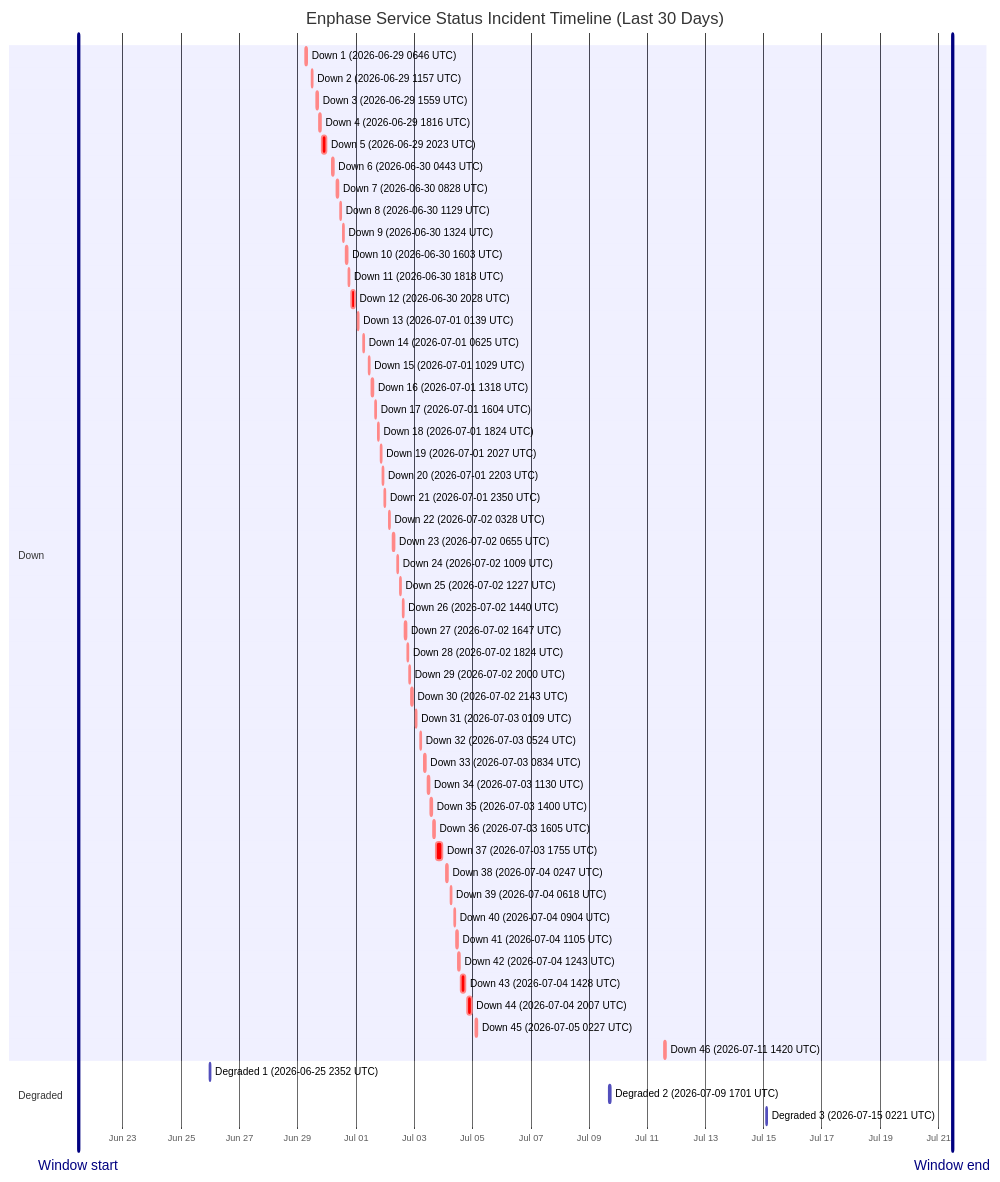
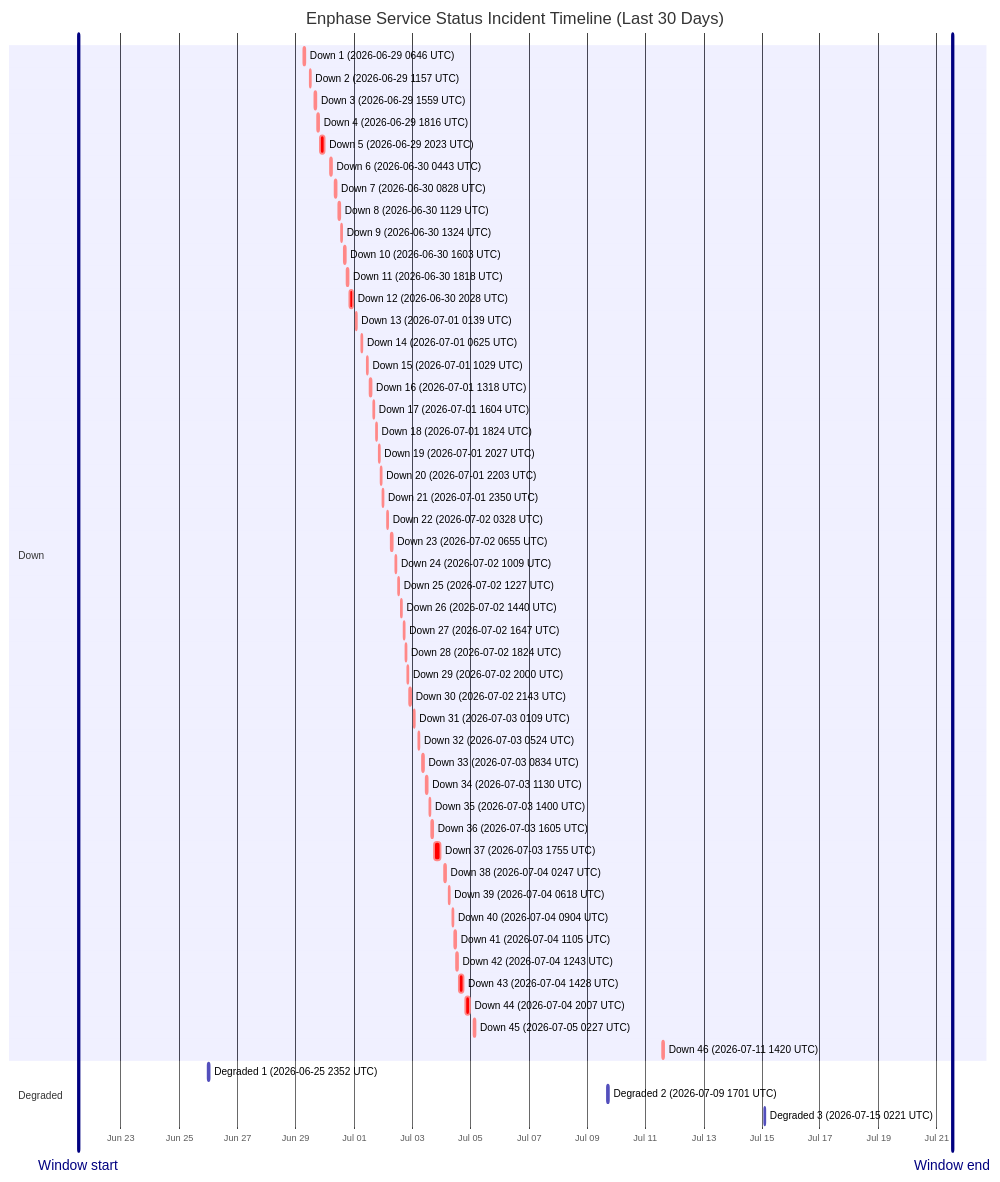
One commit to barneyonline/ha-enphase-energy changed the diagram in wiki/Service-Status-History.md. Above: the diagram before and after it, drawn with Mermaid. The commit also changed other lines of this file and 3 other files, not shown here.

````diff
--- a/wiki/Service-Status-History.md
+++ b/wiki/Service-Status-History.md
@@ -14,59 +14,59 @@
 ```mermaid
 gantt
     title Enphase Service Status Incident Timeline (Last 30 Days)
     dateFormat  YYYY-MM-DDTHH:mm:ss
     axisFormat  %b %d
-    Window start :vert, window-start, 2026-06-21T11:22:11, 0ms
-    Window end :vert, window-end, 2026-07-21T11:22:11, 0ms
+    Window start :vert, window-start, 2026-06-21T12:51:42, 0ms
+    Window end :vert, window-end, 2026-07-21T12:51:42, 0ms
     section Down
     Down 1 (2026-06-29 0646 UTC) :crit, down-1, 2026-06-29T06:46:18, 60m
     Down 2 (2026-06-29 1157 UTC) :crit, down-2, 2026-06-29T11:57:36, 60m
     Down 3 (2026-06-29 1559 UTC) :crit, down-3, 2026-06-29T15:59:02, 60m
     Down 4 (2026-06-29 1816 UTC) :crit, down-4, 2026-06-29T18:16:38, 60m
     Down 5 (2026-06-29 2023 UTC) :crit, down-5, 2026-06-29T20:23:16, 220m
     Down 6 (2026-06-30 0443 UTC) :crit, down-6, 2026-06-30T04:43:54, 60m
     Down 7 (2026-06-30 0828 UTC) :crit, down-7, 2026-06-30T08:28:43, 60m
     Down 8 (2026-06-30 1129 UTC) :crit, down-8, 2026-06-30T11:29:15, 60m
     Down 9 (2026-06-30 1324 UTC) :crit, down-9, 2026-06-30T13:24:25, 60m
     Down 10 (2026-06-30 1603 UTC) :crit, down-10, 2026-06-30T16:03:26, 60m
     Down 11 (2026-06-30 1818 UTC) :crit, down-11, 2026-06-30T18:18:39, 60m
     Down 12 (2026-06-30 2028 UTC) :crit, down-12, 2026-06-30T20:28:54, 171m
     Down 13 (2026-07-01 0139 UTC) :crit, down-13, 2026-07-01T01:39:18, 60m
     Down 14 (2026-07-01 0625 UTC) :crit, down-14, 2026-07-01T06:25:35, 60m
     Down 15 (2026-07-01 1029 UTC) :crit, down-15, 2026-07-01T10:29:24, 60m
     Down 16 (2026-07-01 1318 UTC) :crit, down-16, 2026-07-01T13:18:31, 60m
     Down 17 (2026-07-01 1604 UTC) :crit, down-17, 2026-07-01T16:04:29, 60m
     Down 18 (2026-07-01 1824 UTC) :crit, down-18, 2026-07-01T18:24:21, 60m
     Down 19 (2026-07-01 2027 UTC) :crit, down-19, 2026-07-01T20:27:17, 60m
     Down 20 (2026-07-01 2203 UTC) :crit, down-20, 2026-07-01T22:03:46, 60m
     Down 21 (2026-07-01 2350 UTC) :crit, down-21, 2026-07-01T23:50:52, 60m
     Down 22 (2026-07-02 0328 UTC) :crit, down-22, 2026-07-02T03:28:33, 60m
     Down 23 (2026-07-02 0655 UTC) :crit, down-23, 2026-07-02T06:55:07, 60m
     Down 24 (2026-07-02 1009 UTC) :crit, down-24, 2026-07-02T10:09:15, 60m
     Down 25 (2026-07-02 1227 UTC) :crit, down-25, 2026-07-02T12:27:49, 60m
     Down 26 (2026-07-02 1440 UTC) :crit, down-26, 2026-07-02T14:40:53, 60m
     Down 27 (2026-07-02 1647 UTC) :crit, down-27, 2026-07-02T16:47:47, 60m
     Down 28 (2026-07-02 1824 UTC) :crit, down-28, 2026-07-02T18:24:26, 60m
     Down 29 (2026-07-02 2000 UTC) :crit, down-29, 2026-07-02T20:00:57, 60m
     Down 30 (2026-07-02 2143 UTC) :crit, down-30, 2026-07-02T21:43:52, 80m
     Down 31 (2026-07-03 0109 UTC) :crit, down-31, 2026-07-03T01:09:19, 60m
     Down 32 (2026-07-03 0524 UTC) :crit, down-32, 2026-07-03T05:24:23, 60m
     Down 33 (2026-07-03 0834 UTC) :crit, down-33, 2026-07-03T08:34:05, 60m
     Down 34 (2026-07-03 1130 UTC) :crit, down-34, 2026-07-03T11:30:41, 60m
     Down 35 (2026-07-03 1400 UTC) :crit, down-35, 2026-07-03T14:00:48, 60m
     Down 36 (2026-07-03 1605 UTC) :crit, down-36, 2026-07-03T16:05:49, 60m
     Down 37 (2026-07-03 1755 UTC) :crit, down-37, 2026-07-03T17:55:54, 338m
     Down 38 (2026-07-04 0247 UTC) :crit, down-38, 2026-07-04T02:47:22, 60m
     Down 39 (2026-07-04 0618 UTC) :crit, down-39, 2026-07-04T06:18:09, 60m
     Down 40 (2026-07-04 0904 UTC) :crit, down-40, 2026-07-04T09:04:41, 60m
     Down 41 (2026-07-04 1105 UTC) :crit, down-41, 2026-07-04T11:05:21, 60m
     Down 42 (2026-07-04 1243 UTC) :crit, down-42, 2026-07-04T12:43:25, 60m
     Down 43 (2026-07-04 1428 UTC) :crit, down-43, 2026-07-04T14:28:07, 243m
     Down 44 (2026-07-04 2007 UTC) :crit, down-44, 2026-07-04T20:07:50, 206m
     Down 45 (2026-07-05 0227 UTC) :crit, down-45, 2026-07-05T02:27:32, 109m
     Down 46 (2026-07-11 1420 UTC) :crit, down-46, 2026-07-11T14:20:54, 69m
     section Degraded
     Degraded 1 (2026-06-25 2352 UTC) :active, degraded-1, 2026-06-25T23:52:01, 60m
     Degraded 2 (2026-07-09 1701 UTC) :active, degraded-2, 2026-07-09T17:01:02, 60m
     Degraded 3 (2026-07-15 0221 UTC) :active, degraded-3, 2026-07-15T02:21:35, 60m
 ```
````
